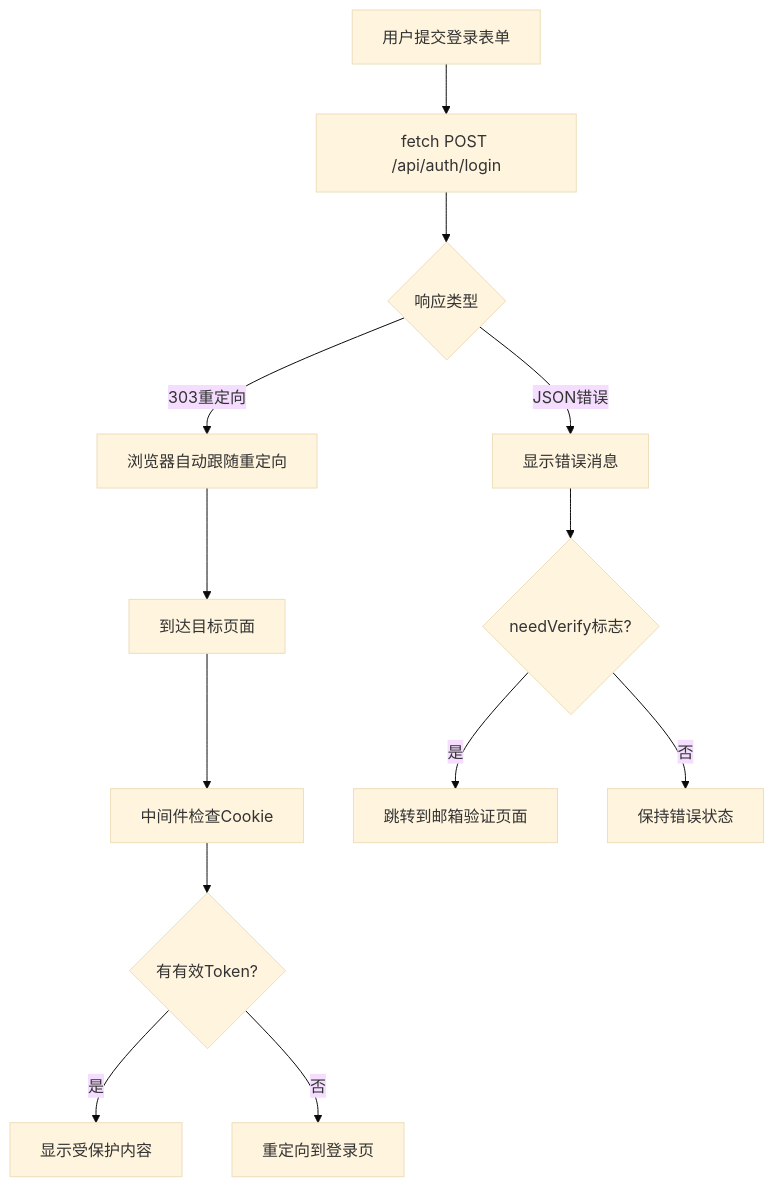
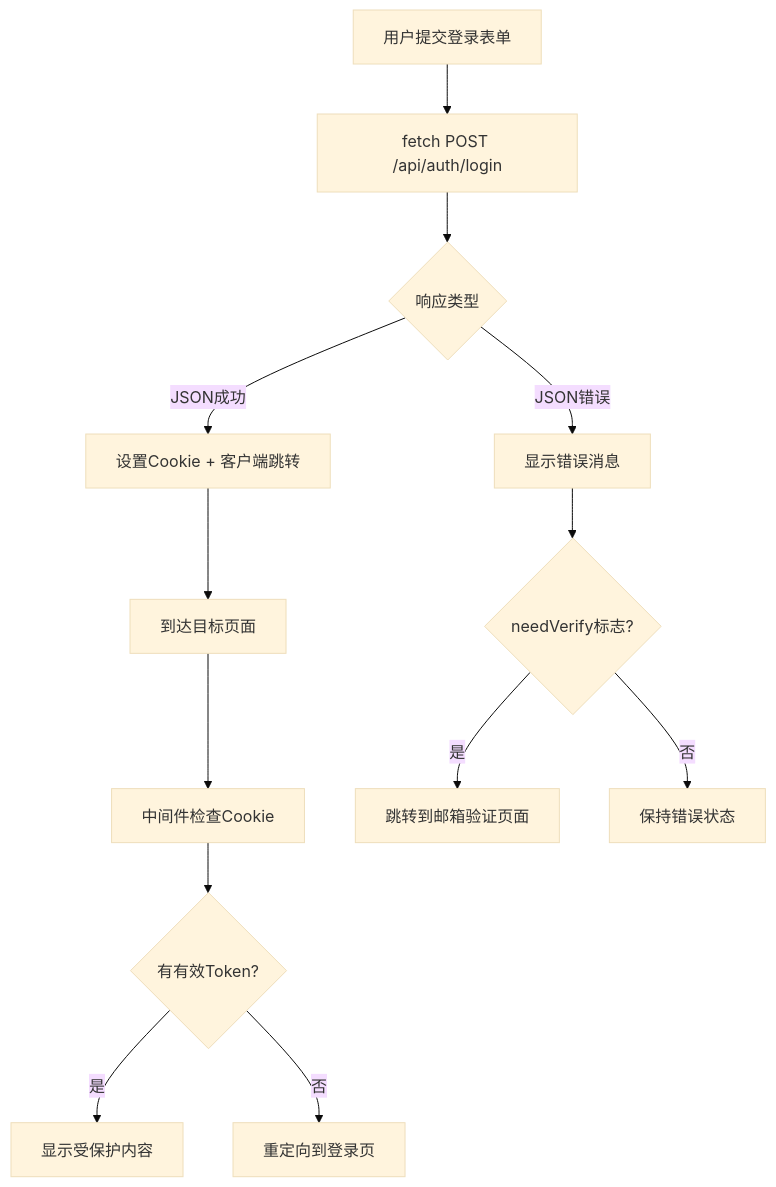
The eighth of 10 diagrams in .qoder/repowiki/zh/content/用户认证系统/密码认证.md (kangkang919/xinya), drawn with Mermaid (base theme) before and after one commit. The commit also changed other lines of this file and 35 other files, not shown here.

````diff
--- a/.qoder/repowiki/zh/content/用户认证系统/密码认证.md
+++ b/.qoder/repowiki/zh/content/用户认证系统/密码认证.md
@@ -448,15 +450,15 @@
 ```mermaid
 flowchart TD
 A["用户提交登录表单"] --> B["fetch POST /api/auth/login"]
 B --> C{"响应类型"}
-C --> |303重定向| D["浏览器自动跟随重定向"]
+C --> |JSON成功| D["设置Cookie + 客户端跳转"]
 C --> |JSON错误| E["显示错误消息"]
 D --> F["到达目标页面"]
 F --> G["中间件检查Cookie"]
 G --> H{"有有效Token?"}
 H --> |是| I["显示受保护内容"]
 H --> |否| J["重定向到登录页"]
 E --> K{"needVerify标志?"}
 K --> |是| L["跳转到邮箱验证页面"]
 K --> |否| M["保持错误状态"]
 ```
````
